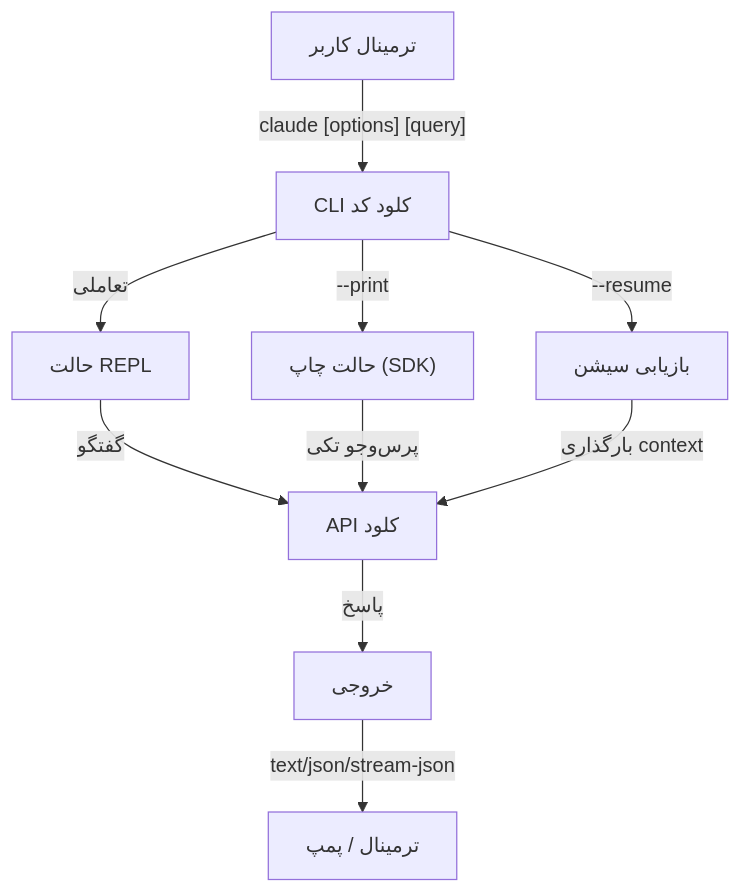
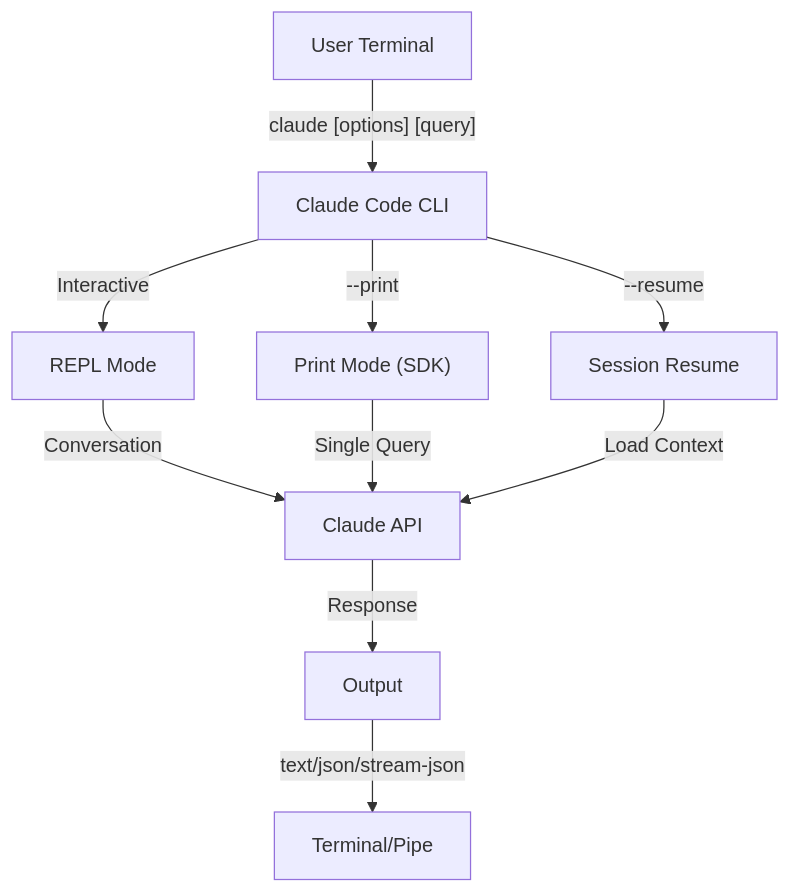
Before and after one commit to hassanbht/claude-howto: the first of 2 diagrams in fa/10-cli/README.md, drawn with Mermaid. The commit also changed other lines of this file and 53 other files, not shown here.

````diff
--- a/fa/10-cli/README.md
+++ b/fa/10-cli/README.md
@@ -14,12 +14,12 @@
 ```mermaid
 graph TD
-    A["ترمینال کاربر"] -->|"claude [options] [query]"| B["CLI کلود کد"]
-    B -->|تعاملی| C["حالت REPL"]
-    B -->|"--print"| D["حالت چاپ (SDK)"]
-    B -->|"--resume"| E["بازیابی سیشن"]
-    C -->|گفتگو| F["API کلود"]
-    D -->|پرس‌وجو تکی| F
-    E -->|بارگذاری context| F
-    F -->|پاسخ| G["خروجی"]
-    G -->|text/json/stream-json| H["ترمینال / پمپ"]
+    A["User Terminal"] -->|"claude [options] [query]"| B["Claude Code CLI"]
+    B -->|Interactive| C["REPL Mode"]
+    B -->|"--print"| D["Print Mode (SDK)"]
+    B -->|"--resume"| E["Session Resume"]
+    C -->|Conversation| F["Claude API"]
+    D -->|Single Query| F
+    E -->|Load Context| F
+    F -->|Response| G["Output"]
+    G -->|text/json/stream-json| H["Terminal/Pipe"]
 ```
````
